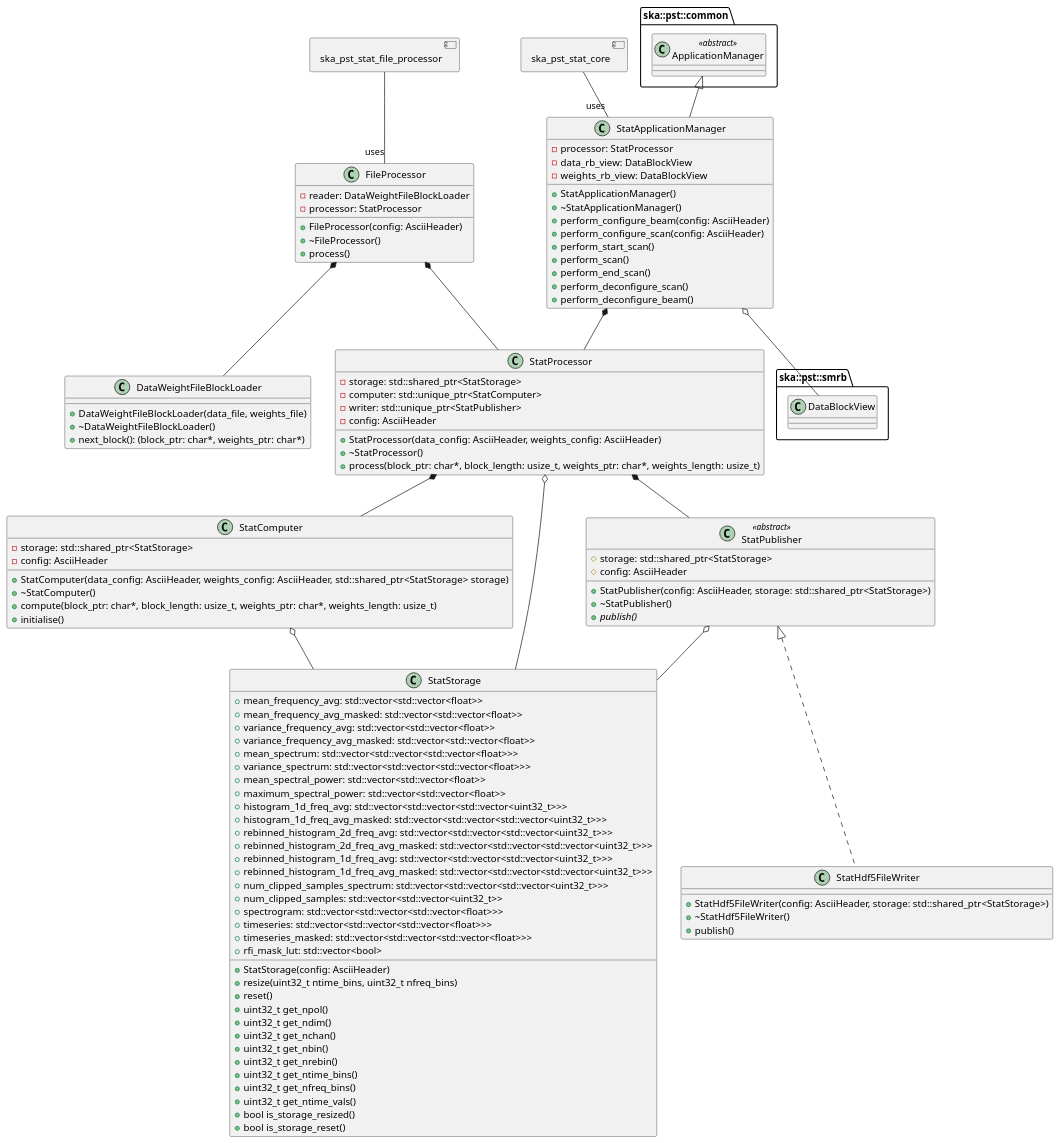
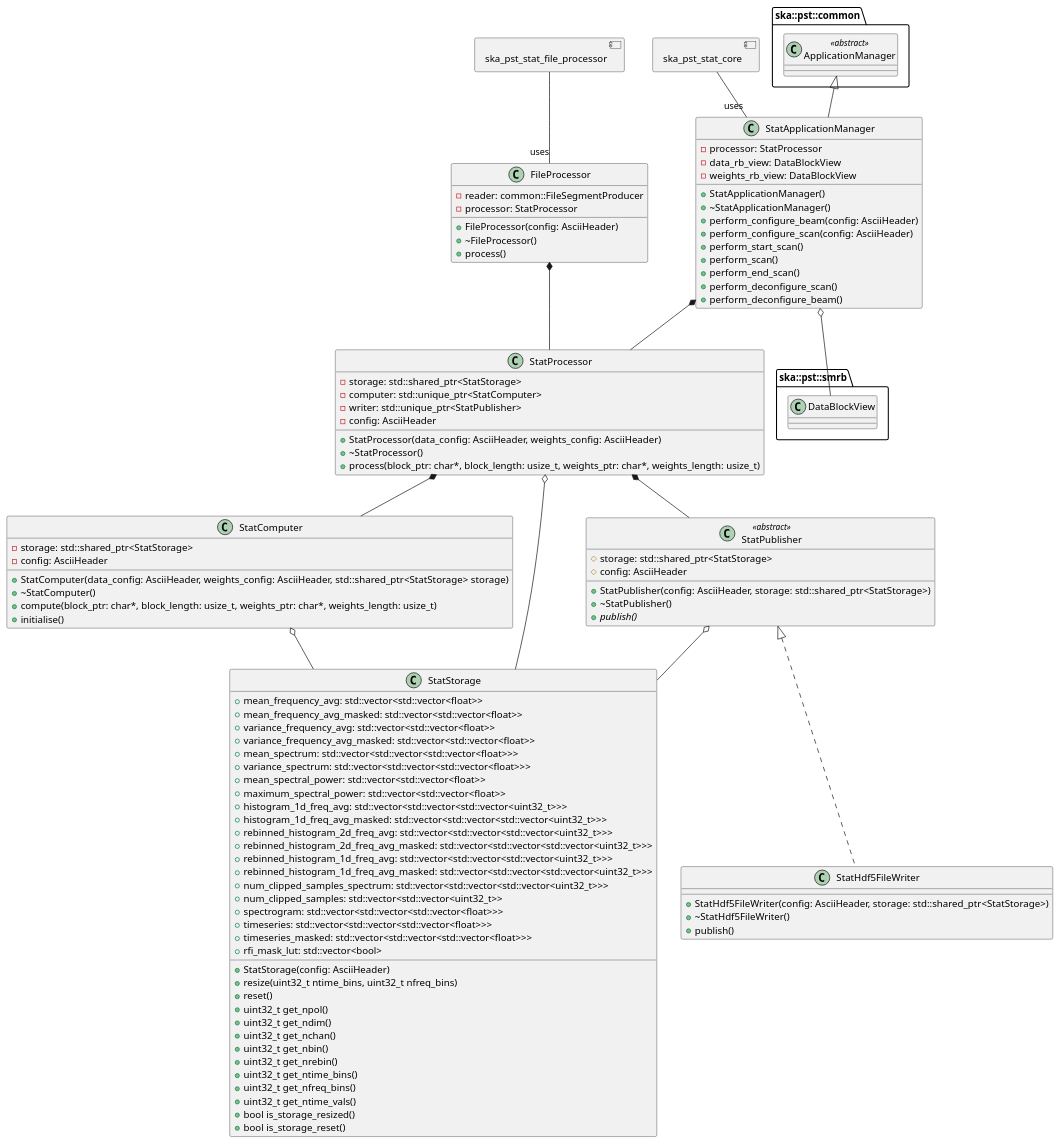
The diagram in docs/src/architecture/class_diagram.puml (ska-telescope/ska-pst-stat), drawn with PlantUML before and after one commit. The commit also changed 1 other file, not shown here.

Commit message:
AT3-517 DataWeightFileBlockLoader -> FileSegmentProducer in UML diagrams

```diff
--- a/docs/src/architecture/class_diagram.puml
+++ b/docs/src/architecture/class_diagram.puml
@@ -1,128 +1,121 @@
 @startuml PST Stat Class Diagram
 allow_mixing
 
 package ska::pst::common {
   class ApplicationManager <<abstract>>
 
 }
 package ska::pst::smrb {
   class DataBlockView
 }
 
 class StatApplicationManager {
   + StatApplicationManager()
   + ~StatApplicationManager()
   + perform_configure_beam(config: AsciiHeader)
   + perform_configure_scan(config: AsciiHeader)
   + perform_start_scan()
   + perform_scan()
   + perform_end_scan()
   + perform_deconfigure_scan()
   + perform_deconfigure_beam()
   - processor: StatProcessor
   - data_rb_view: DataBlockView
   - weights_rb_view: DataBlockView
 }
 
 class FileProcessor {
   + FileProcessor(config: AsciiHeader)
   + ~FileProcessor()
   + process()
-  - reader: DataWeightFileBlockLoader
+  - reader: common::FileSegmentProducer
   - processor: StatProcessor
-}
-
-class DataWeightFileBlockLoader {
-  + DataWeightFileBlockLoader(data_file, weights_file)
-  + ~DataWeightFileBlockLoader()
-  + next_block(): (block_ptr: char*, weights_ptr: char*)
 }
 
 class StatProcessor {
   + StatProcessor(data_config: AsciiHeader, weights_config: AsciiHeader)
   + ~StatProcessor()
   + process(block_ptr: char*, block_length: usize_t, weights_ptr: char*, weights_length: usize_t)
   - storage: std::shared_ptr<StatStorage>
   - computer: std::unique_ptr<StatComputer>
   - writer: std::unique_ptr<StatPublisher>
   - config: AsciiHeader
 }
 
 class StatComputer {
   + StatComputer(data_config: AsciiHeader, weights_config: AsciiHeader, std::shared_ptr<StatStorage> storage)
   + ~StatComputer()
   + compute(block_ptr: char*, block_length: usize_t, weights_ptr: char*, weights_length: usize_t)
   + initialise()
   - storage: std::shared_ptr<StatStorage>
   - config: AsciiHeader
 }
 
 class StatStorage {
   + StatStorage(config: AsciiHeader)
   + resize(uint32_t ntime_bins, uint32_t nfreq_bins)
   + reset()
   + uint32_t get_npol()
   + uint32_t get_ndim()
   + uint32_t get_nchan()
   + uint32_t get_nbin()
   + uint32_t get_nrebin()
   + uint32_t get_ntime_bins()
   + uint32_t get_nfreq_bins()
   + uint32_t get_ntime_vals()
   + bool is_storage_resized()
   + bool is_storage_reset()
   + mean_frequency_avg: std::vector<std::vector<float>>
   + mean_frequency_avg_masked: std::vector<std::vector<float>>
   + variance_frequency_avg: std::vector<std::vector<float>>
   + variance_frequency_avg_masked: std::vector<std::vector<float>>
   + mean_spectrum: std::vector<std::vector<std::vector<float>>>
   + variance_spectrum: std::vector<std::vector<std::vector<float>>>
   + mean_spectral_power: std::vector<std::vector<float>>
   + maximum_spectral_power: std::vector<std::vector<float>>
   + histogram_1d_freq_avg: std::vector<std::vector<std::vector<uint32_t>>>
   + histogram_1d_freq_avg_masked: std::vector<std::vector<std::vector<uint32_t>>>
   + rebinned_histogram_2d_freq_avg: std::vector<std::vector<std::vector<uint32_t>>>
   + rebinned_histogram_2d_freq_avg_masked: std::vector<std::vector<std::vector<uint32_t>>>
   + rebinned_histogram_1d_freq_avg: std::vector<std::vector<std::vector<uint32_t>>>
   + rebinned_histogram_1d_freq_avg_masked: std::vector<std::vector<std::vector<uint32_t>>>
   + num_clipped_samples_spectrum: std::vector<std::vector<std::vector<uint32_t>>>
   + num_clipped_samples: std::vector<std::vector<uint32_t>>
   + spectrogram: std::vector<std::vector<std::vector<float>>>
   + timeseries: std::vector<std::vector<std::vector<float>>>
   + timeseries_masked: std::vector<std::vector<std::vector<float>>>
   + rfi_mask_lut: std::vector<bool>
 }
 
 class StatPublisher <<abstract>> {
   # storage: std::shared_ptr<StatStorage>
   # config: AsciiHeader
   + StatPublisher(config: AsciiHeader, storage: std::shared_ptr<StatStorage>)
   + ~StatPublisher()
   {abstract} + publish()
 }
 
 class StatHdf5FileWriter implements StatPublisher {
   + StatHdf5FileWriter(config: AsciiHeader, storage: std::shared_ptr<StatStorage>)
   + ~StatHdf5FileWriter()
   + publish()
 }
 
 StatProcessor *-- StatComputer
 StatProcessor *-- StatPublisher
 StatProcessor o-- StatStorage
 StatComputer o-- StatStorage
 StatPublisher o-- StatStorage
 
 ApplicationManager <|-- StatApplicationManager
 StatApplicationManager o-- DataBlockView
 StatApplicationManager *-- StatProcessor
 
-FileProcessor *-- DataWeightFileBlockLoader
 FileProcessor *-- StatProcessor
 
 component ska_pst_stat_core
 ska_pst_stat_core -- "uses" StatApplicationManager
 component ska_pst_stat_file_processor
 ska_pst_stat_file_processor -- "uses" FileProcessor
 
 @enduml
```
